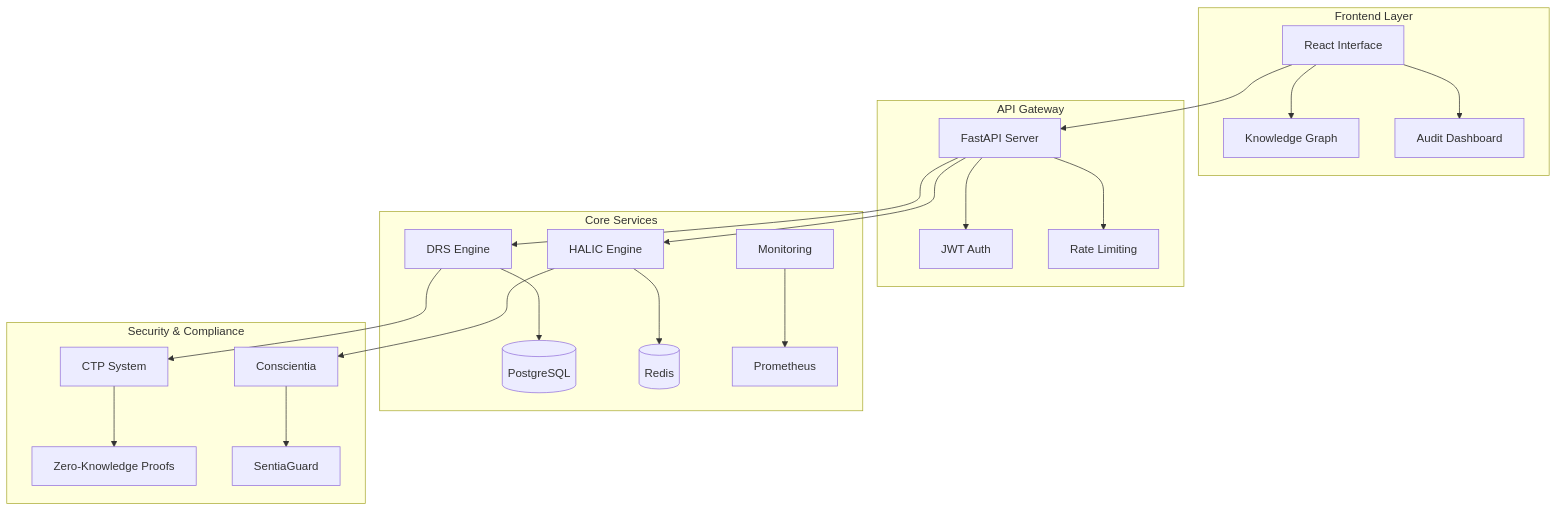
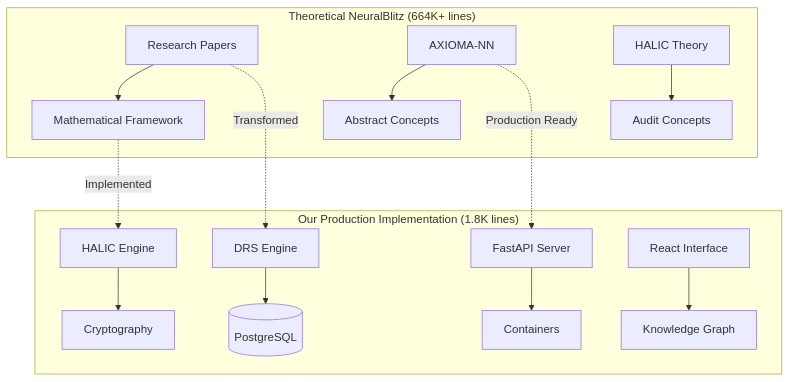
One commit to NeuralBlitz/NB-Ecosystem changed the diagram in README.md. Above: the diagram before and after it, drawn with Mermaid. The commit also changed other lines of this file, not shown here.

First line of the commit message:
📖 Create focused README for NB-Ecosystem implementation

````diff
--- a/README.md
+++ b/README.md
@@ -93,29 +29,19 @@
 ```mermaid
 graph TB
-    subgraph "Frontend Layer"
-        UI[React Interface] --> KG[Knowledge Graph]
-        UI --> AUDIT[Audit Dashboard]
+    subgraph "Theoretical NeuralBlitz (664K+ lines)"
+        RESEARCH[Research Papers] --> FRAMEWORK[Mathematical Framework]
+        AXIOMA[AXIOMA-NN] --> CONCEPTS[Abstract Concepts]
+        HALIC_THEORY[HALIC Theory] --> AUDIT_CONCEPT[Audit Concepts]
     end
     
-    subgraph "API Gateway"
-        API[FastAPI Server] --> AUTH[JWT Auth]
-        API --> RATE[Rate Limiting]
+    subgraph "Our Production Implementation (1.8K lines)"
+        DRS[DRS Engine] --> PG[(PostgreSQL)]
+        HALIC[HALIC Engine] --> CRYPTO[Cryptography]
+        API[FastAPI Server] --> DOCKER[Containers]
+        REACT[React Interface] --> GRAPH[Knowledge Graph]
     end
     
-    subgraph "Core Services"
-        DRS[DRS Engine] --> PG[(PostgreSQL)]
-        HALIC[HALIC Engine] --> REDIS[(Redis)]
-        MONITOR[Monitoring] --> PROM[Prometheus]
-    end
-    
-    subgraph "Security & Compliance"
-        CTP[CTP System] --> ZKP[Zero-Knowledge Proofs]
-        ETHICS[Conscientia] --> POLICY[SentiaGuard]
-    end
-    
-    UI --> API
-    API --> DRS
-    API --> HALIC
-    DRS --> CTP
-    HALIC --> ETHICS
+    RESEARCH -.->|Transformed| DRS
+    FRAMEWORK -.->|Implemented| HALIC
+    AXIOMA -.->|Production Ready| API
 ```
````
